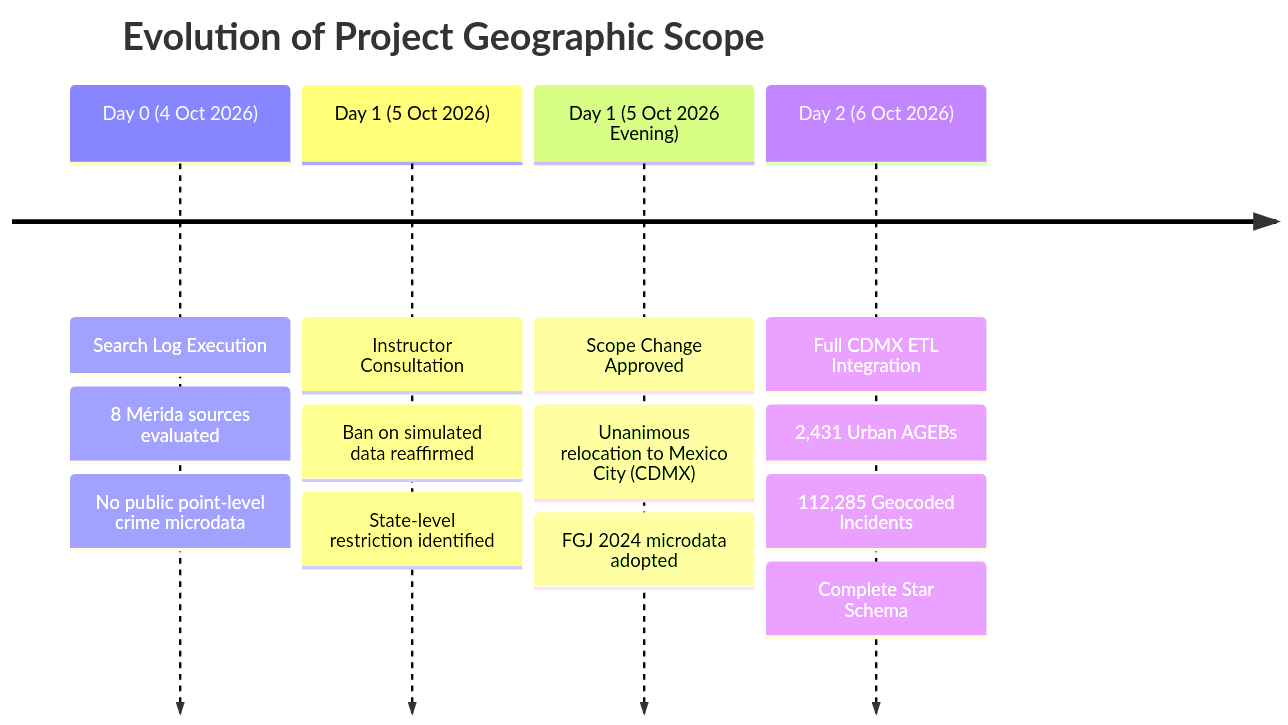
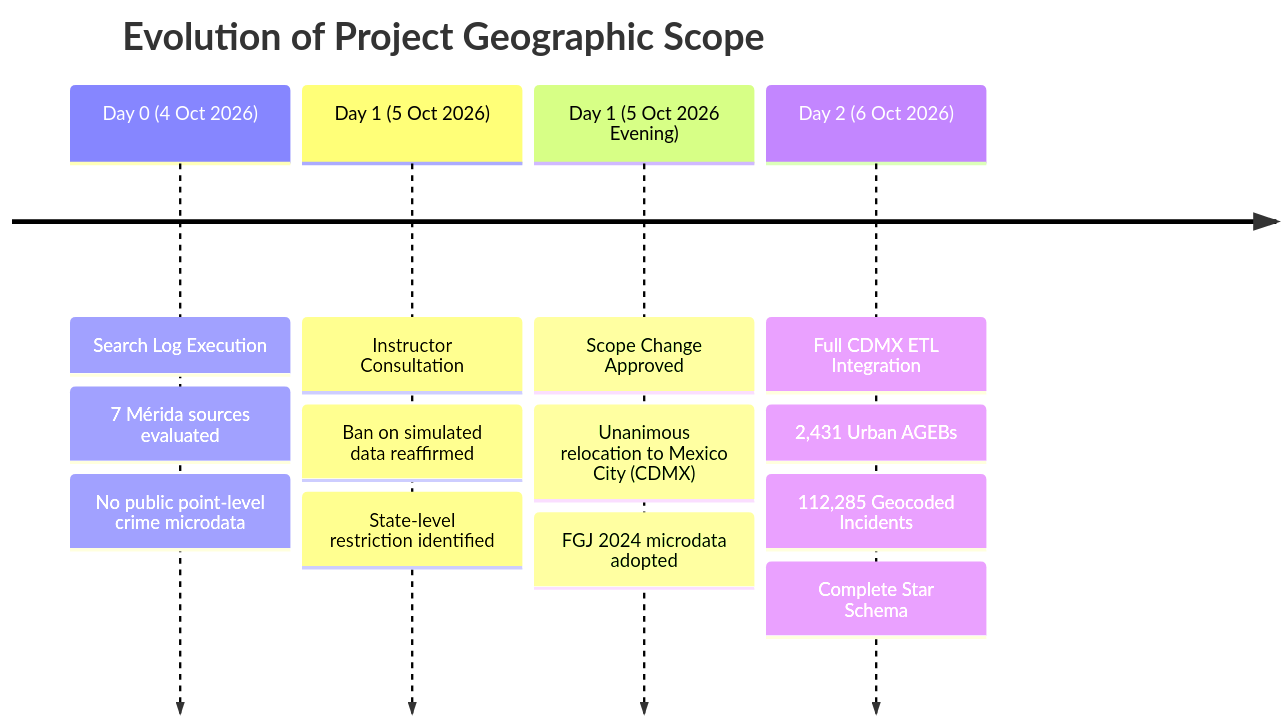
Before and after one commit to joseeangel0/merida-urban-intelligence: the second of 2 diagrams in report/sections/6_limitations.md, drawn with Mermaid. The commit also changed other lines of this file and 1 other file, not shown here.

Commit message:
docs(crime): verify mapping coverage and align report figures

````diff
--- a/report/sections/6_limitations.md
+++ b/report/sections/6_limitations.md
@@ -76,8 +76,8 @@
 ```mermaid
 timeline
     title Evolution of Project Geographic Scope
-    Day 0 (4 Oct 2026) : Search Log Execution : 8 Mérida sources evaluated : No public point-level crime microdata
+    Day 0 (4 Oct 2026) : Search Log Execution : 7 Mérida sources evaluated : No public point-level crime microdata
     Day 1 (5 Oct 2026) : Instructor Consultation : Ban on simulated data reaffirmed : State-level restriction identified
     Day 1 (5 Oct 2026 Evening) : Scope Change Approved : Unanimous relocation to Mexico City (CDMX) : FGJ 2024 microdata adopted
     Day 2 (6 Oct 2026) : Full CDMX ETL Integration : 2,431 Urban AGEBs : 112,285 Geocoded Incidents : Complete Star Schema
 ```
````
